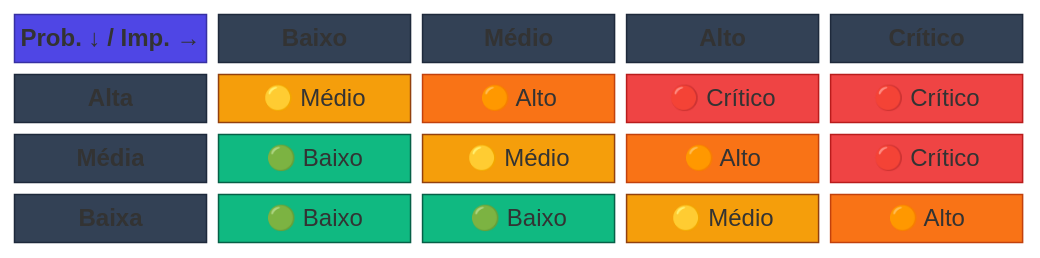
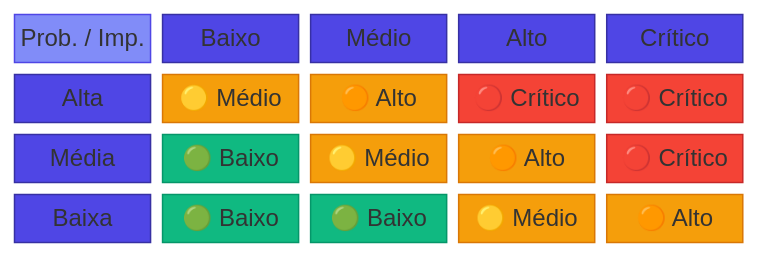
Before and after one commit to Evilazaro/Azure-LogicApps-Monitoring: the tenth of 14 diagrams in docs/planoProjetoModernizacao.md, drawn with Mermaid. The commit also changed other lines of this file, not shown here.

Commit message:
docs: Refine mermaid diagrams in project plan for improved clarity, consistency, and styling

````diff
--- a/docs/planoProjetoModernizacao.md
+++ b/docs/planoProjetoModernizacao.md
@@ -1875,72 +1736,37 @@
 ```mermaid
 ---
-title: "Matriz de Severidade (Probabilidade × Impacto)"
+title: Matriz de Severidade (Probabilidade x Impacto)
 ---
 block-beta
-  %% ═══════════════════════════════════════════════════════════════
-  %% DIAGRAMA: Matriz de Severidade (Probabilidade × Impacto)
-  %% PROPÓSITO: Ilustrar como a combinação de probabilidade e impacto
-  %%            determina a severidade de riscos e premissas
-  %% USO: Classificar e priorizar ações de mitigação/monitoramento
-  %% ═══════════════════════════════════════════════════════════════
+  %% ===== DEFINIÇÕES DE ESTILO =====
+  classDef primary fill:#4F46E5,stroke:#3730A3,color:#FFFFFF
+  classDef secondary fill:#10B981,stroke:#059669,color:#FFFFFF
+  classDef datastore fill:#F59E0B,stroke:#D97706,color:#000000
+  classDef external fill:#6B7280,stroke:#4B5563,color:#FFFFFF,stroke-dasharray: 5 5
+  classDef failed fill:#F44336,stroke:#C62828,color:#FFFFFF
+  classDef trigger fill:#818CF8,stroke:#4F46E5,color:#FFFFFF
+  classDef decision fill:#FFFBEB,stroke:#F59E0B,color:#000000
+  classDef input fill:#F3F4F6,stroke:#6B7280,color:#000000
 
   columns 5
 
-  %% ───────────────────────────────────────────────────────────────
-  %% LINHA DE CABEÇALHO: Labels dos eixos e níveis de Impacto
-  %% ───────────────────────────────────────────────────────────────
-  EIXOS["Prob. ↓ / Imp. →"]:1 B["Baixo"]:1 M["Médio"]:1 A["Alto"]:1 C["Crítico"]:1
+  %% ===== CABEÇALHO =====
+  EIXOS["Prob. / Imp."]:1 B["Baixo"]:1 M["Médio"]:1 A["Alto"]:1 C["Crítico"]:1
 
-  %% ───────────────────────────────────────────────────────────────
-  %% LINHA 1: Probabilidade ALTA
-  %% - Baixo impacto → Médio (🟡)
-  %% - Médio impacto → Alto (🟠)
-  %% - Alto/Crítico impacto → Crítico (🔴)
-  %% ───────────────────────────────────────────────────────────────
+  %% ===== LINHA PROBABILIDADE ALTA =====
   PA["Alta"]:1 PA_B["🟡 Médio"]:1 PA_M["🟠 Alto"]:1 PA_A["🔴 Crítico"]:1 PA_C["🔴 Crítico"]:1
 
-  %% ───────────────────────────────────────────────────────────────
-  %% LINHA 2: Probabilidade MÉDIA
-  %% - Baixo impacto → Baixo (🟢)
-  %% - Médio impacto → Médio (🟡)
-  %% - Alto impacto → Alto (🟠)
-  %% - Crítico impacto → Crítico (🔴)
-  %% ───────────────────────────────────────────────────────────────
+  %% ===== LINHA PROBABILIDADE MÉDIA =====
   PM["Média"]:1 PM_B["🟢 Baixo"]:1 PM_M["🟡 Médio"]:1 PM_A["🟠 Alto"]:1 PM_C["🔴 Crítico"]:1
 
-  %% ───────────────────────────────────────────────────────────────
-  %% LINHA 3: Probabilidade BAIXA
-  %% - Baixo/Médio impacto → Baixo (🟢)
-  %% - Alto impacto → Médio (🟡)
-  %% - Crítico impacto → Alto (🟠)
-  %% ───────────────────────────────────────────────────────────────
+  %% ===== LINHA PROBABILIDADE BAIXA =====
   PB["Baixa"]:1 PB_B["🟢 Baixo"]:1 PB_M["🟢 Baixo"]:1 PB_A["🟡 Médio"]:1 PB_C["🟠 Alto"]:1
 
-  %% ═══════════════════════════════════════════════════════════════
-  %% DEFINIÇÃO DE ESTILOS
-  %% ═══════════════════════════════════════════════════════════════
-
-  %% Estilo do cabeçalho (cinza escuro)
-  classDef header fill:#334155,stroke:#1E293B,color:#FFFFFF,font-weight:bold
-
-  %% Estilo do label dos eixos (Indigo)
-  classDef eixo fill:#4F46E5,stroke:#3730A3,color:#FFFFFF,font-weight:bold
-
-  %% Paleta de cores por severidade:
-  %% - Baixo (🟢): Emerald #10B981
-  %% - Médio (🟡): Amber #F59E0B
-  %% - Alto (🟠): Orange #F97316
-  %% - Crítico (🔴): Red #EF4444
-  classDef baixo fill:#10B981,stroke:#065F46,color:#FFFFFF
-  classDef medio fill:#F59E0B,stroke:#92400E,color:#FFFFFF
-  classDef alto fill:#F97316,stroke:#C2410C,color:#FFFFFF
-  classDef critico fill:#EF4444,stroke:#B91C1C,color:#FFFFFF
-
-  %% Aplicação das classes
-  class B,M,A,C,PA,PM,PB header
-  class EIXOS eixo
-  class PM_B,PB_B,PB_M baixo
-  class PA_B,PM_M,PB_A medio
-  class PA_M,PM_A,PB_C alto
-  class PA_A,PA_C,PM_C critico
+  %% ===== APLICAÇÃO DE ESTILOS =====
+  class B,M,A,C,PA,PM,PB primary
+  class EIXOS trigger
+  class PM_B,PB_B,PB_M secondary
+  class PA_B,PM_M,PB_A datastore
+  class PA_M,PM_A,PB_C datastore
+  class PA_A,PA_C,PM_C failed
 ```
````
